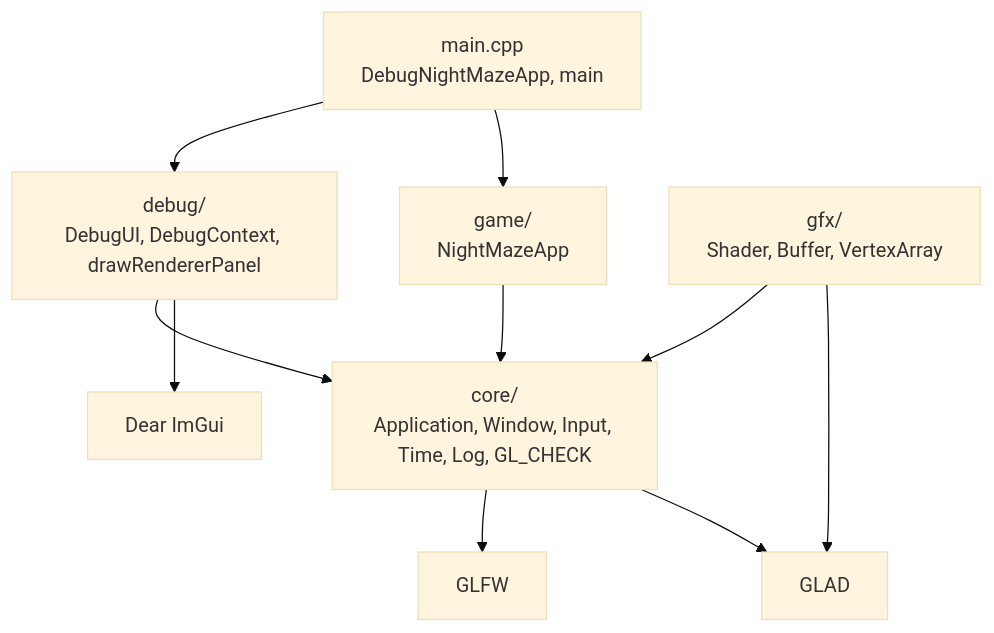
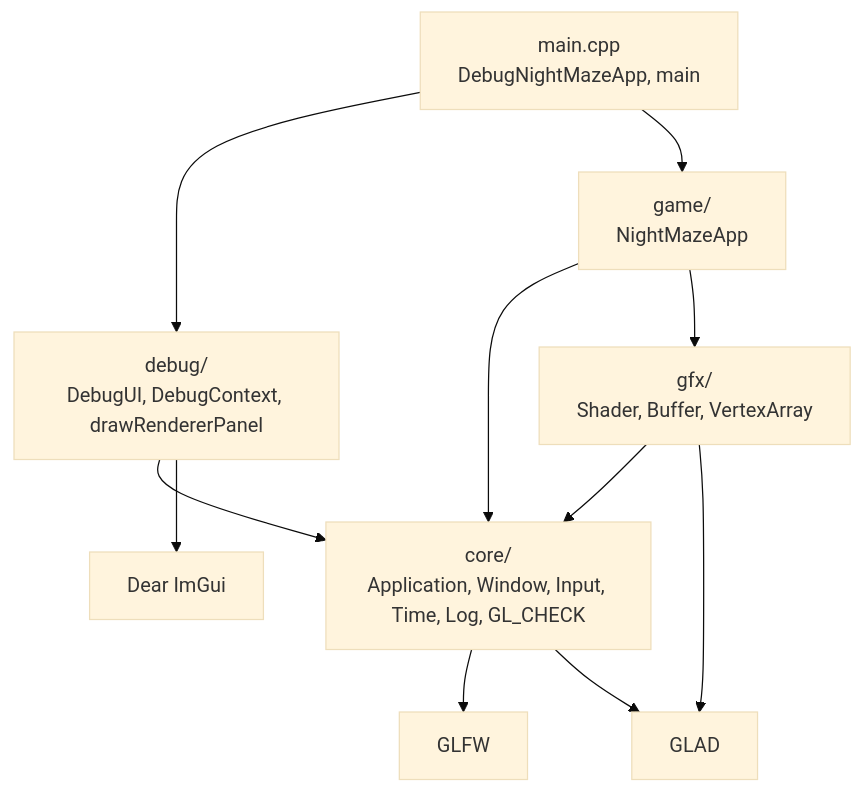
One commit to Shironex/night-maze changed the first of 3 diagrams in docs/modules/core/README.md. Above: the diagram before and after it, drawn with Mermaid (base theme). The commit also changed other lines of this file and 20 other files, not shown here.

````diff
--- a/docs/modules/core/README.md
+++ b/docs/modules/core/README.md
@@ -44,12 +44,13 @@
 ```mermaid
 flowchart TD
     Main["main.cpp<br/>DebugNightMazeApp, main"] --> Debug["debug/<br/>DebugUI, DebugContext, drawRendererPanel"]
     Main --> Game["game/<br/>NightMazeApp"]
     Debug --> Core["core/<br/>Application, Window, Input, Time, Log, GL_CHECK"]
     Game --> Core
+    Game --> Gfx
     Gfx["gfx/<br/>Shader, Buffer, VertexArray"] --> Core
     Debug --> ImGui["Dear ImGui"]
     Core --> Glfw["GLFW"]
     Core --> Glad["GLAD"]
     Gfx --> Glad
 ```
````
